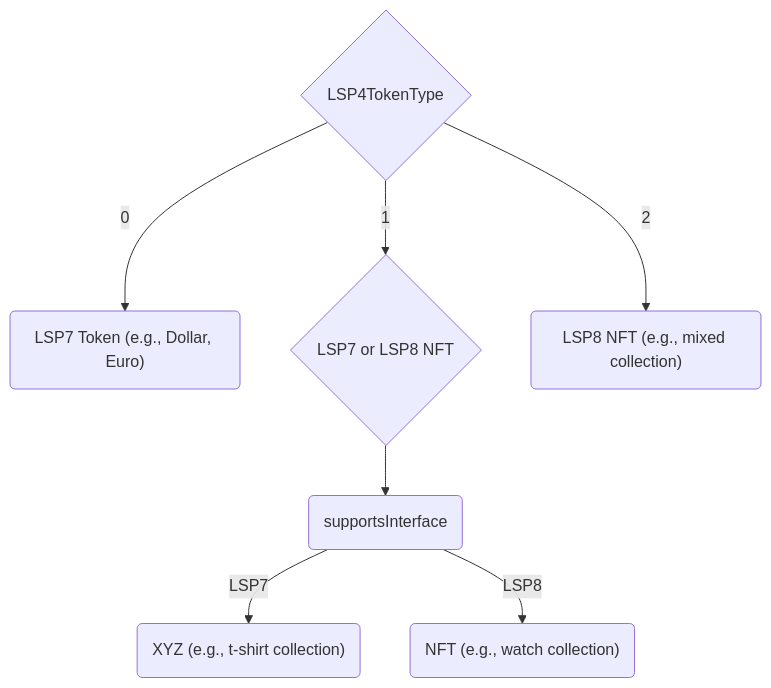
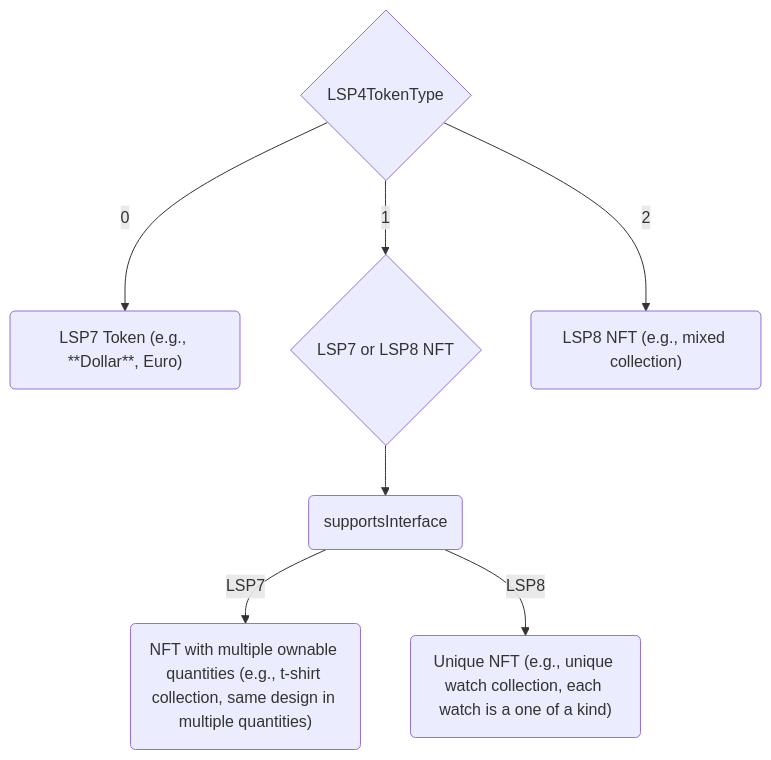
One commit to lukso-network/docs changed the diagram in docs/learn/digital-assets/choose-lsp7-vs-lsp8.md. Above: the diagram before and after it, drawn with Mermaid.

Commit message:
update chart mermaid text

````diff
--- a/docs/learn/digital-assets/choose-lsp7-vs-lsp8.md
+++ b/docs/learn/digital-assets/choose-lsp7-vs-lsp8.md
@@ -62,17 +62,17 @@
 ```mermaid
 flowchart TD
   Start{"LSP4TokenType"}
-  LSP7Token("LSP7 Token (e.g., Dollar, Euro)")
+  LSP7Token("LSP7 Token (e.g., **Dollar**, Euro)")
   LSP8Decision{"LSP7 or LSP8 NFT"}
   LSP8NFT("LSP8 NFT (e.g., mixed collection)")
-  NFT("NFT (e.g., watch collection)")
-  XYZ("XYZ (e.g., t-shirt collection)")
+  NFT("Unique NFT (e.g., unique watch collection, each watch is a one of a kind)")
+  XYZ("NFT with multiple ownable quantities (e.g., t-shirt collection, same design in multiple quantities)")
   supportsInterface("supportsInterface")
 
   Start -->|"0"| LSP7Token
   Start -->|"1"| LSP8Decision
   Start -->|"2"| LSP8NFT
   LSP8Decision --> supportsInterface
   supportsInterface -->|"LSP7"| XYZ
   supportsInterface -->|"LSP8"| NFT
 ```
````
